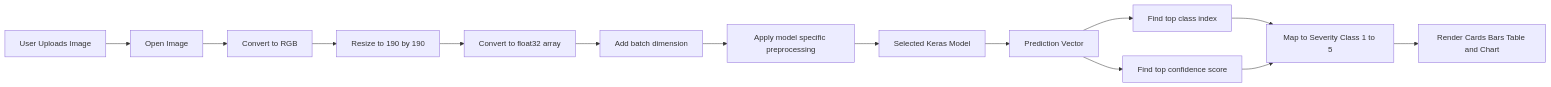
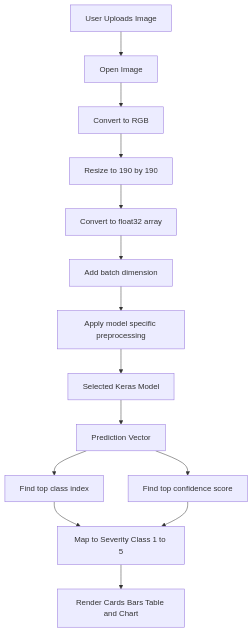
Before and after one commit to murerwanelson/VehicleDX: the second of 2 diagrams in README.md, drawn with Mermaid.

Commit message:
Make inference flowchart vertical

````diff
--- a/README.md
+++ b/README.md
@@ -73,16 +73,16 @@
 ```mermaid
-flowchart LR
+flowchart TD
     U[User Uploads Image] --> P1[Open Image]
     P1 --> P2[Convert to RGB]
     P2 --> P3[Resize to 190 by 190]
     P3 --> P4[Convert to float32 array]
     P4 --> P5[Add batch dimension]
     P5 --> P6[Apply model specific preprocessing]
     P6 --> M[Selected Keras Model]
     M --> O[Prediction Vector]
     O --> A[Find top class index]
     O --> C[Find top confidence score]
     A --> R[Map to Severity Class 1 to 5]
     C --> R
     R --> V[Render Cards Bars Table and Chart]
 ```
````
